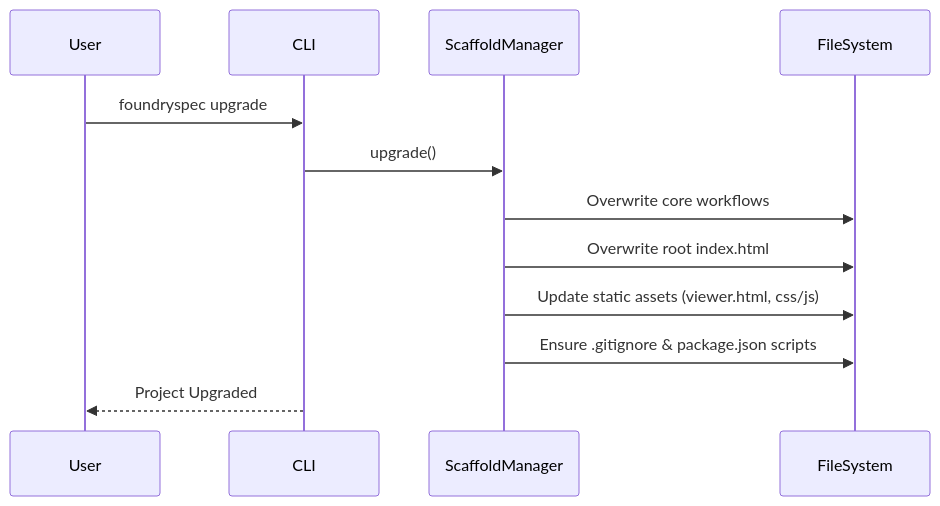
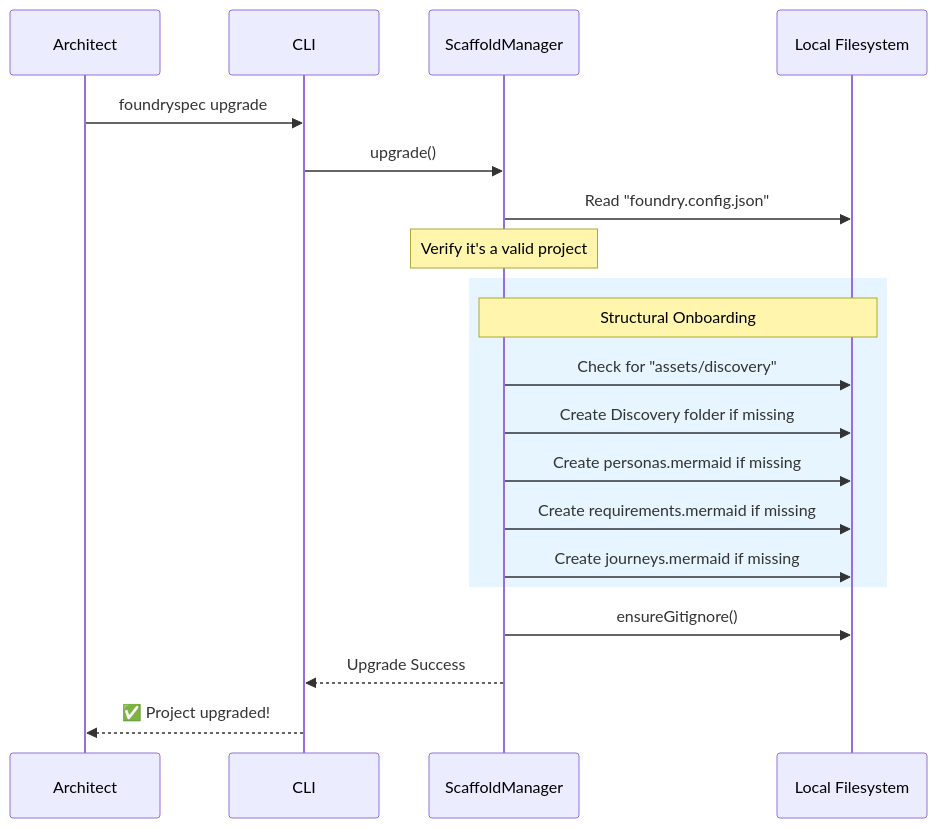
Before and after one commit to futurefoundai/foundryspec: the diagram in foundryspec/assets/sequences/upgrade.mermaid, drawn with Mermaid. The commit also changed 32 other files, not shown here.

Commit message:
feat: implement Discovery phase, auto-discovery, hot-reload, and system-wide architectural mapping (v1.0.2)

```diff
--- a/foundryspec/assets/sequences/upgrade.mermaid
+++ b/foundryspec/assets/sequences/upgrade.mermaid
@@ -1,13 +1,25 @@
 sequenceDiagram
-    participant U as User
-    participant C as CLI
-    participant S as ScaffoldManager
-    participant FS as FileSystem
+    participant Architect
+    participant CLI
+    participant ScaffoldManager
+    participant FS as Local Filesystem
 
-    U->>C: foundryspec upgrade
-    C->>S: upgrade()
-    S->>FS: Overwrite core workflows
-    S->>FS: Overwrite root index.html
-    S->>FS: Update static assets (viewer.html, css/js)
-    S->>FS: Ensure .gitignore & package.json scripts
-    C-->>U: Project Upgraded
+    Architect->>CLI: foundryspec upgrade
+    CLI->>ScaffoldManager: upgrade()
+    
+    ScaffoldManager->>FS: Read "foundry.config.json"
+    Note over ScaffoldManager: Verify it's a valid project
+    
+    rect rgb(230, 245, 255)
+        Note over ScaffoldManager, FS: Structural Onboarding
+        ScaffoldManager->>FS: Check for "assets/discovery"
+        ScaffoldManager->>FS: Create Discovery folder if missing
+        ScaffoldManager->>FS: Create personas.mermaid if missing
+        ScaffoldManager->>FS: Create requirements.mermaid if missing
+        ScaffoldManager->>FS: Create journeys.mermaid if missing
+    end
+
+    ScaffoldManager->>FS: ensureGitignore()
+    
+    ScaffoldManager-->>CLI: Upgrade Success
+    CLI-->>Architect: ✅ Project upgraded!
```
